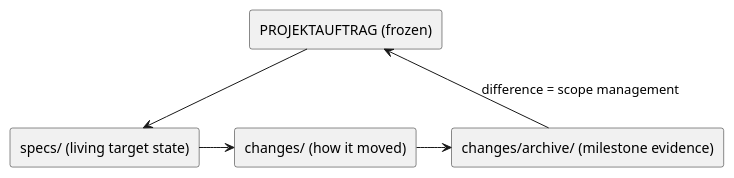
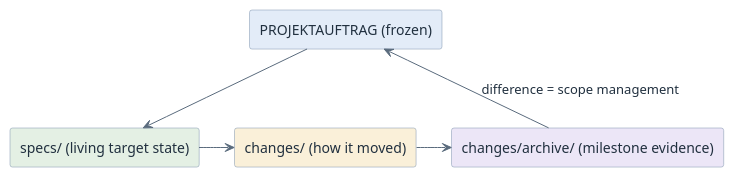
One commit to htl-leonding-college/curriculum-syp3 changed the diagram in modules/bridge-charter-to-specs/index.adoc. Above: the diagram before and after it, drawn with PlantUML. The commit also changed 65 other files, not shown here.

First line of the commit message:
feat(site): give the diagrams a semantic pastel palette

```diff
--- a/modules/bridge-charter-to-specs/index.adoc
+++ b/modules/bridge-charter-to-specs/index.adoc
@@ -60,15 +60,18 @@
 [plantuml,bridge,svg]
 ----
 @startuml
-skinparam monochrome true
+<style>
+element { BackgroundColor #EDF3FA; LineColor #7C93AD; FontColor #21303F }
+arrow { LineColor #5A6B7D; FontColor #21303F }
+</style>
 skinparam shadowing false
-rectangle "PROJEKTAUFTRAG (frozen)" as C
-rectangle "specs/ (living target state)" as S
-rectangle "changes/ (how it moved)" as CH
-rectangle "changes/archive/ (milestone evidence)" as A
+rectangle "PROJEKTAUFTRAG (frozen)" as C #E3ECF8
+rectangle "specs/ (living target state)" as S #E4F0E4
+rectangle "changes/ (how it moved)" as CH #FAF0D9
+rectangle "changes/archive/ (milestone evidence)" as A #ECE6F7
 C -down-> S
 S -right-> CH
 CH -right-> A
 A -up-> C : difference = scope management
 @enduml
 ----
```
